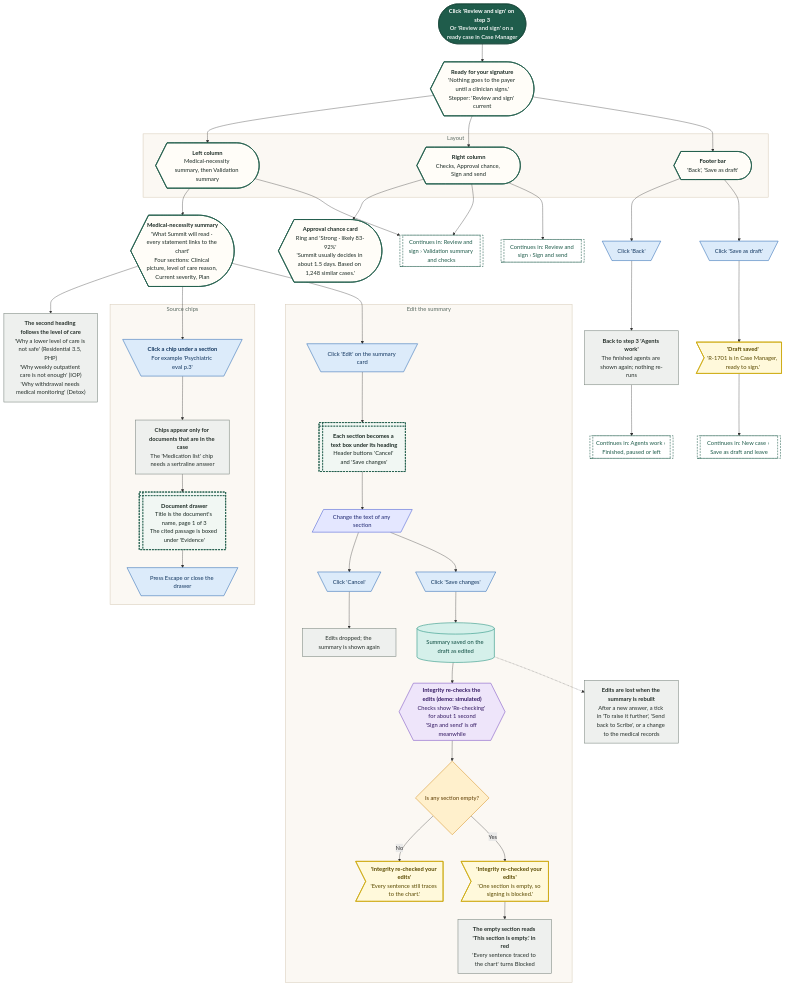
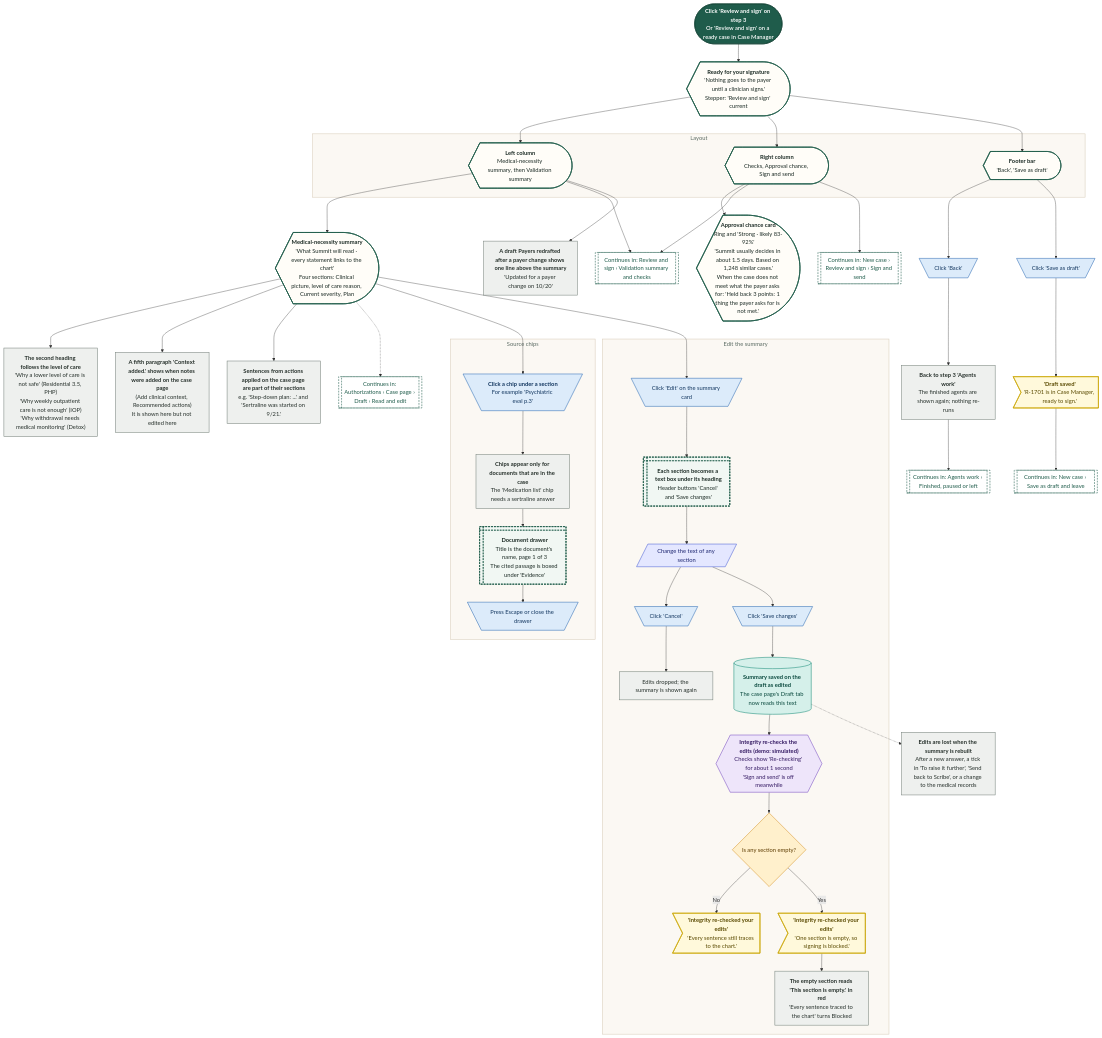
One commit to Shrav143/psyfloapp changed diagram 26 of 36 in demos/prior-auth-demo/workflows/out/md/04-new-case.md. Above: the diagram before and after it, drawn with Mermaid. The commit also changed other lines of this file and 195 other files, not shown here.

First line of the commit message:
docs: Rebuild workflow diagrams after the demo fixes (220 diagrams)

```diff
--- a/demos/prior-auth-demo/workflows/out/md/04-new-case.md
+++ b/demos/prior-auth-demo/workflows/out/md/04-new-case.md
@@ -2283,8 +2369,11 @@
   sF@{ shape: curv-trap, label: "<b>Footer bar</b><br/>'Back', 'Save as draft'" }
   end
   sNarr@{ shape: curv-trap, label: "<b>Medical-necessity summary</b><br/>'What Summit will read · every statement links to the chart'<br/>Four sections: Clinical picture, level of care reason, Current severity, Plan" }
+  pCtx@{ shape: rect, label: "<b>A fifth paragraph 'Context added.' shows when notes were added on the case page</b><br/>(Add clinical context, Recommended actions)<br/>It is shown here but not edited here" }
+  pApplied@{ shape: rect, label: "<b>Sentences from actions applied on the case page are part of their sections</b><br/>e.g. 'Step-down plan: ...' and 'Sertraline was started on 9/21.'" }
+  pNote@{ shape: rect, label: "<b>A draft Payers redrafted after a payer change shows one line above the summary</b><br/>'Updated for a payer change on 10/20'" }
   pHead@{ shape: rect, label: "<b>The second heading follows the level of care</b><br/>'Why a lower level of care is not safe' (Residential 3.5, PHP)<br/>'Why weekly outpatient care is not enough' (IOP)<br/>'Why withdrawal needs medical monitoring' (Detox)" }
-  sChance@{ shape: curv-trap, label: "<b>Approval chance card</b><br/>Ring and 'Strong · likely 83-92%'<br/>'Summit usually decides in about 1.5 days. Based on 1,248 similar cases.'" }
+  sChance@{ shape: curv-trap, label: "<b>Approval chance card</b><br/>Ring and 'Strong · likely 83-92%'<br/>'Summit usually decides in about 1.5 days. Based on 1,248 similar cases.'<br/>When the case does not meet what the payer asks for: 'Held back 3 points: 1 thing the payer asks for is not met.'" }
   subgraph gChip ["Source chips"]
   cChip@{ shape: trap-t, label: "<b>Click a chip under a section</b><br/>For example 'Psychiatric eval p.3'" }
   pChips@{ shape: rect, label: "<b>Chips appear only for documents that are in the case</b><br/>The 'Medication list' chip needs a sertraline answer" }
@@ -2298,7 +2387,7 @@
   cCancel@{ shape: trap-t, label: "Click 'Cancel'" }
   pCancel@{ shape: rect, label: "Edits dropped; the summary is shown again" }
   cSave@{ shape: trap-t, label: "Click 'Save changes'" }
-  stNarr@{ shape: cyl, label: "Summary saved on the draft as edited" }
+  stNarr@{ shape: cyl, label: "<b>Summary saved on the draft as edited</b><br/>The case page's Draft tab now reads this text" }
   aInt@{ shape: hex, label: "<b>Integrity re-checks the edits (demo: simulated)</b><br/>Checks show 'Re-checking' for about 1 second<br/>'Sign and send' is off meanwhile" }
   dEmpty@{ shape: diam, label: "Is any section empty?" }
   tOk@{ shape: odd, label: "<b>'Integrity re-checked your edits'</b><br/>'Every sentence still traces to the chart.'" }
@@ -2311,9 +2400,10 @@
   cSaveD@{ shape: trap-t, label: "Click 'Save as draft'" }
   tSaved@{ shape: odd, label: "<b>'Draft saved'</b><br/>'R-1701 is in Case Manager, ready to sign.'" }
   gVal@{ shape: subproc, label: "Continues in: Review and sign › Validation summary and checks" }
-  gSign@{ shape: subproc, label: "Continues in: Review and sign › Sign and send" }
+  gSign@{ shape: subproc, label: "Continues in: New case › Review and sign › Sign and send" }
   g36@{ shape: subproc, label: "Continues in: Agents work › Finished, paused or left" }
   g39@{ shape: subproc, label: "Continues in: New case › Save as draft and leave" }
+  gDraft@{ shape: subproc, label: "Continues in: Authorizations › Case page › Draft › Read and edit" }
   s1 --> sc
   sc --> sL & sR & sF
   sL --> sNarr --> pHead
@@ -2321,6 +2411,10 @@
   sR --> sChance
   sR --> gVal
   sR --> gSign
+  sNarr --> pCtx
+  sNarr --> pApplied
+  sL --> pNote
+  sNarr -.-> gDraft
   sNarr --> cChip --> pChips --> oSrc --> cCloseSrc
   sNarr --> cEdit --> oEdit --> iText
   iText --> cCancel --> pCancel
@@ -2332,7 +2426,7 @@
   sF --> cSaveD --> tSaved --> g39
   class s1 k_start
   class sc,sL,sR,sF,sNarr,sChance k_screen
-  class pHead,pChips,pCancel,pEmpty,pLost,pBack k_process
+  class pCtx,pApplied,pNote,pHead,pChips,pCancel,pEmpty,pLost,pBack k_process
   class cChip,cCloseSrc,cEdit,cCancel,cSave,cBack,cSaveD k_click
   class oSrc,oEdit k_overlay
   class iText k_input
@@ -2340,7 +2434,7 @@
   class aInt k_agent
   class dEmpty k_decision
   class tOk,tEmpty,tSaved k_toast
-  class gVal,gSign,g36,g39 k_goto
+  class gVal,gSign,g36,g39,gDraft k_goto
   style gLayout fill:#FBF8F3,stroke:#D9CDBB,stroke-width:1.5px,color:#5B6B63
   style gChip fill:#FBF8F3,stroke:#D9CDBB,stroke-width:1.5px,color:#5B6B63
   style gEdit fill:#FBF8F3,stroke:#D9CDBB,stroke-width:1.5px,color:#5B6B63
```
